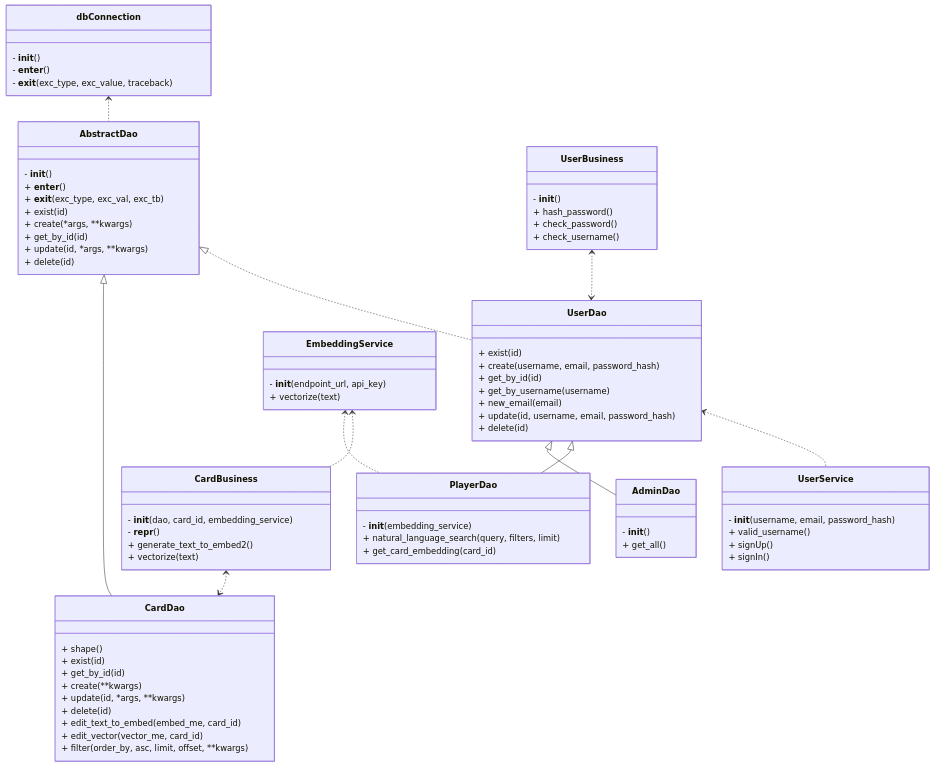
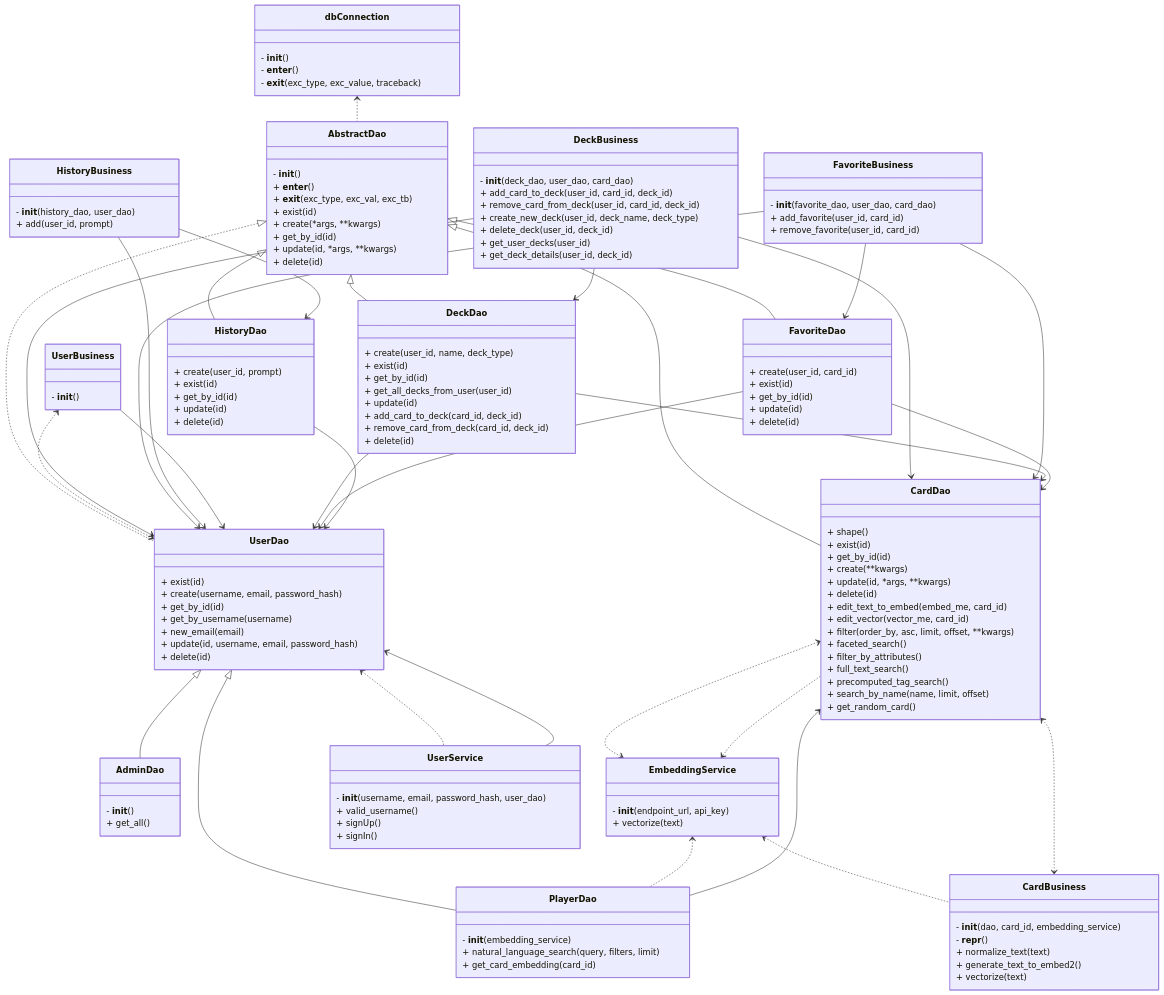
Before and after one commit to projet-info-2A-ensai-grp4/MagicSearch-2A: the diagram in doc/diagrams/class_diagram.md, drawn with Mermaid.

Commit message:
update class diagram

````diff
--- a/doc/diagrams/class_diagram.md
+++ b/doc/diagrams/class_diagram.md
@@ -43,6 +43,39 @@
         + edit_text_to_embed(embed_me, card_id)
         + edit_vector(vector_me, card_id)
         + filter(order_by, asc, limit, offset, **kwargs)
+        + faceted_search()
+        + filter_by_attributes()
+        + full_text_search()
+        + precomputed_tag_search()
+        + search_by_name(name, limit, offset)
+        + get_random_card()
+    }
+
+    class DeckDao{
+        + create(user_id, name, deck_type)
+        + exist(id)
+        + get_by_id(id)
+        + get_all_decks_from_user(user_id)
+        + update(id)
+        + add_card_to_deck(card_id, deck_id)
+        + remove_card_from_deck(card_id, deck_id)
+        + delete(id)
+    }
+
+    class FavoriteDao{
+        + create(user_id, card_id)
+        + exist(id)
+        + get_by_id(id)
+        + update(id)
+        + delete(id)
+    }
+
+    class HistoryDao{
+        + create(user_id, prompt)
+        + exist(id)
+        + get_by_id(id)
+        + update(id)
+        + delete(id)
     }
 
 
@@ -50,15 +83,34 @@
     class CardBusiness{
         - __init__(dao, card_id, embedding_service)
         - __repr__()
+        + normalize_text(text)
         + generate_text_to_embed2()
         + vectorize(text)
     }
 
+    class DeckBusiness{
+        - __init__(deck_dao, user_dao, card_dao)
+        + add_card_to_deck(user_id, card_id, deck_id)
+        + remove_card_from_deck(user_id, card_id, deck_id)
+        + create_new_deck(user_id, deck_name, deck_type)
+        + delete_deck(user_id, deck_id)
+        + get_user_decks(user_id)
+        + get_deck_details(user_id, deck_id)
+    }
+
+    class FavoriteBusiness{
+        - __init__(favorite_dao, user_dao, card_dao)
+        + add_favorite(user_id, card_id)
+        + remove_favorite(user_id, card_id)
+    }
+
+    class HistoryBusiness{
+        - __init__(history_dao, user_dao)
+        + add(user_id, prompt)
+    }
+
     class UserBusiness{
         - __init__()
-        + hash_password()
-        + check_password()
-        + check_username()
     }
 
 %% === Service Layer ===
@@ -68,7 +120,7 @@
     }
 
     class UserService{
-        - __init__(username, email, password_hash)
+        - __init__(username, email, password_hash, user_dao)
         + valid_username()
         + signUp()
         + signIn()
@@ -92,4 +144,31 @@
 AbstractDao <|.. UserDao
 UserBusiness <..> UserDao
 UserDao <.. UserService
+AbstractDao <|-- DeckDao
+AbstractDao <|-- FavoriteDao
+AbstractDao <|-- HistoryDao
+
+DeckBusiness --> DeckDao
+DeckBusiness --> UserDao
+DeckBusiness --> CardDao
+
+FavoriteBusiness --> FavoriteDao
+FavoriteBusiness --> UserDao
+FavoriteBusiness --> CardDao
+HistoryBusiness --> HistoryDao
+HistoryBusiness --> UserDao
+
+PlayerDao --> CardDao
+CardDao <..> EmbeddingService
+
+UserBusiness --> UserDao
+UserService --> UserDao
+DeckDao --> UserDao
+DeckDao --> CardDao
+FavoriteDao --> UserDao
+FavoriteDao --> CardDao
+HistoryDao --> UserDao
+
+EmbeddingService <.. CardDao
+
 ```
````
